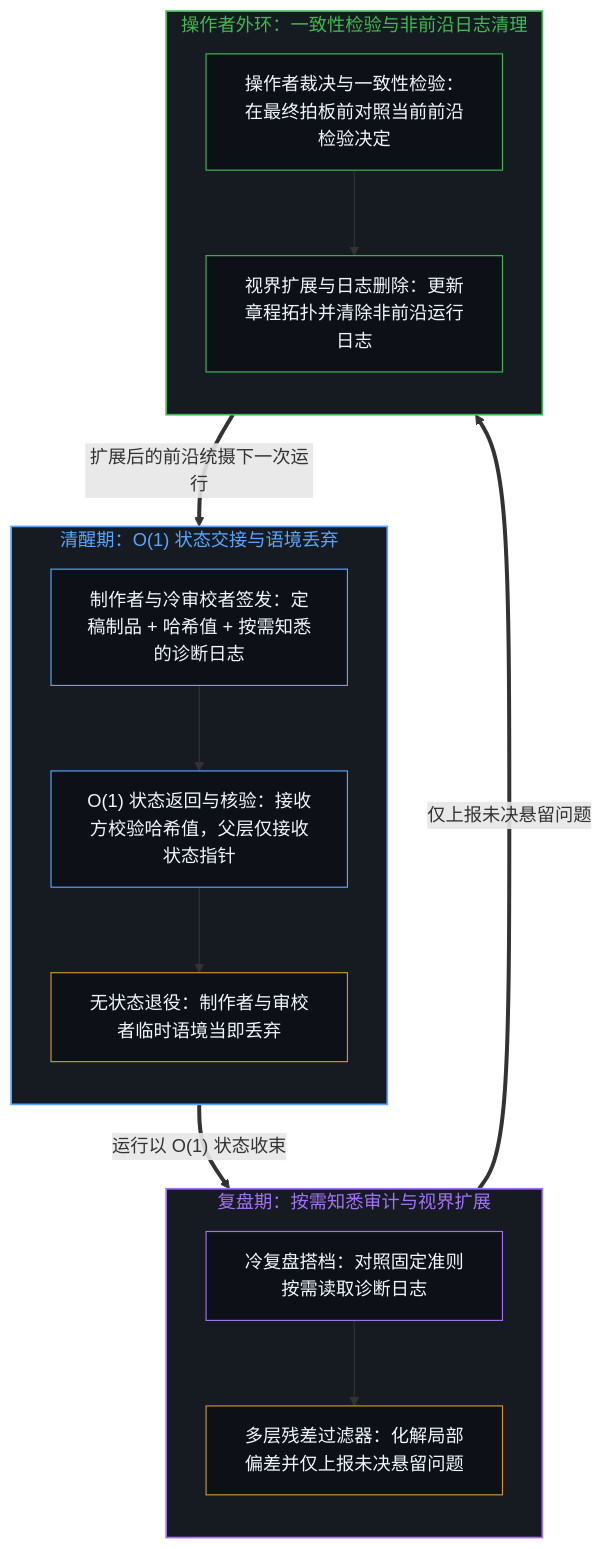
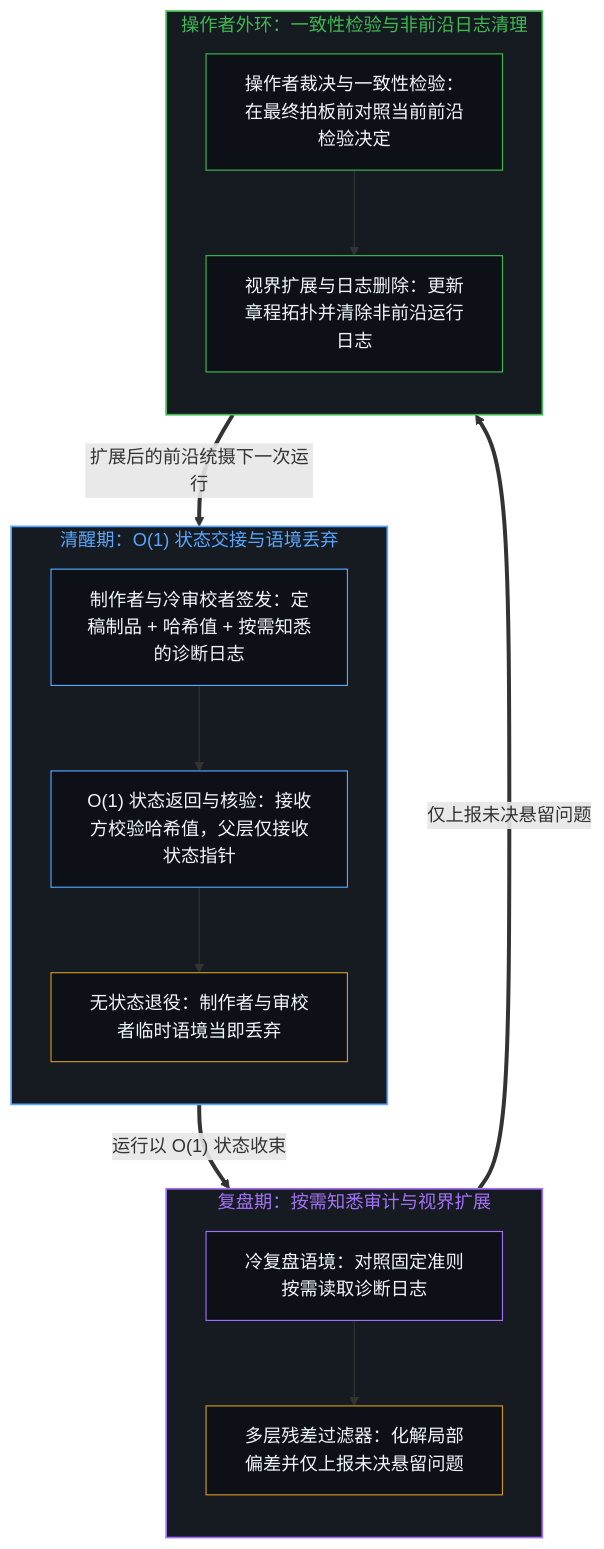
The third of 4 diagrams in content/posts/on-demand-contexts-keep-coherence-at-one-step.md (powerpig99/not-a-toe), drawn with Mermaid before and after one commit. The commit also changed other lines of this file and 3 other files, not shown here.

````diff
--- a/content/posts/on-demand-contexts-keep-coherence-at-one-step.md
+++ b/content/posts/on-demand-contexts-keep-coherence-at-one-step.md
@@ -121,35 +121,35 @@
 ```mermaid
 flowchart TD
     subgraph S_Wake["清醒期：O(1) 状态交接与语境丢弃"]
         direction TB
         Sign["制作者与冷审校者签发：定稿制品 + 哈希值 + 按需知悉的诊断日志"]
         Verify["O(1) 状态返回与核验：接收方校验哈希值，父层仅接收状态指针"]
         Drop["无状态退役：制作者与审校者临时语境当即丢弃"]
         Sign --> Verify --> Drop
     end
     subgraph S_Recap["复盘期：按需知悉审计与视界扩展"]
         direction TB
-        ReadRun["冷复盘搭档：对照固定准则按需读取诊断日志"]
+        ReadRun["冷复盘语境：对照固定准则按需读取诊断日志"]
         Expose["多层残差过滤器：化解局部偏差并仅上报未决悬留问题"]
         ReadRun --> Expose
     end
     subgraph S_Operator["操作者外环：一致性检验与非前沿日志清理"]
         direction TB
         Decide["操作者裁决与一致性检验：在最终拍板前对照当前前沿检验决定"]
         Prune["视界扩展与日志删除：更新章程拓扑并清除非前沿运行日志"]
         Decide --> Prune
     end
     Drop ==>|"运行以 O(1) 状态收束"| ReadRun
     Expose ==>|"仅上报未决悬留问题"| Decide
     Prune ==>|"扩展后的前沿统摄下一次运行"| Sign
     style S_Wake fill:#161b22,stroke:#58a6ff,stroke-width:1.5px,color:#58a6ff
     style S_Recap fill:#161b22,stroke:#a371f7,stroke-width:1.5px,color:#a371f7
     style S_Operator fill:#161b22,stroke:#3fb950,stroke-width:1.5px,color:#3fb950
     style Sign fill:#0d1117,stroke:#58a6ff,stroke-width:1px,color:#f0f6fc
     style Verify fill:#0d1117,stroke:#58a6ff,stroke-width:1px,color:#f0f6fc
     style Drop fill:#0d1117,stroke:#d29922,stroke-width:1px,color:#f0f6fc
     style ReadRun fill:#0d1117,stroke:#a371f7,stroke-width:1px,color:#f0f6fc
     style Expose fill:#0d1117,stroke:#d29922,stroke-width:1px,color:#f0f6fc
     style Decide fill:#0d1117,stroke:#3fb950,stroke-width:1px,color:#f0f6fc
     style Prune fill:#0d1117,stroke:#3fb950,stroke-width:1px,color:#f0f6fc
 ```
````
